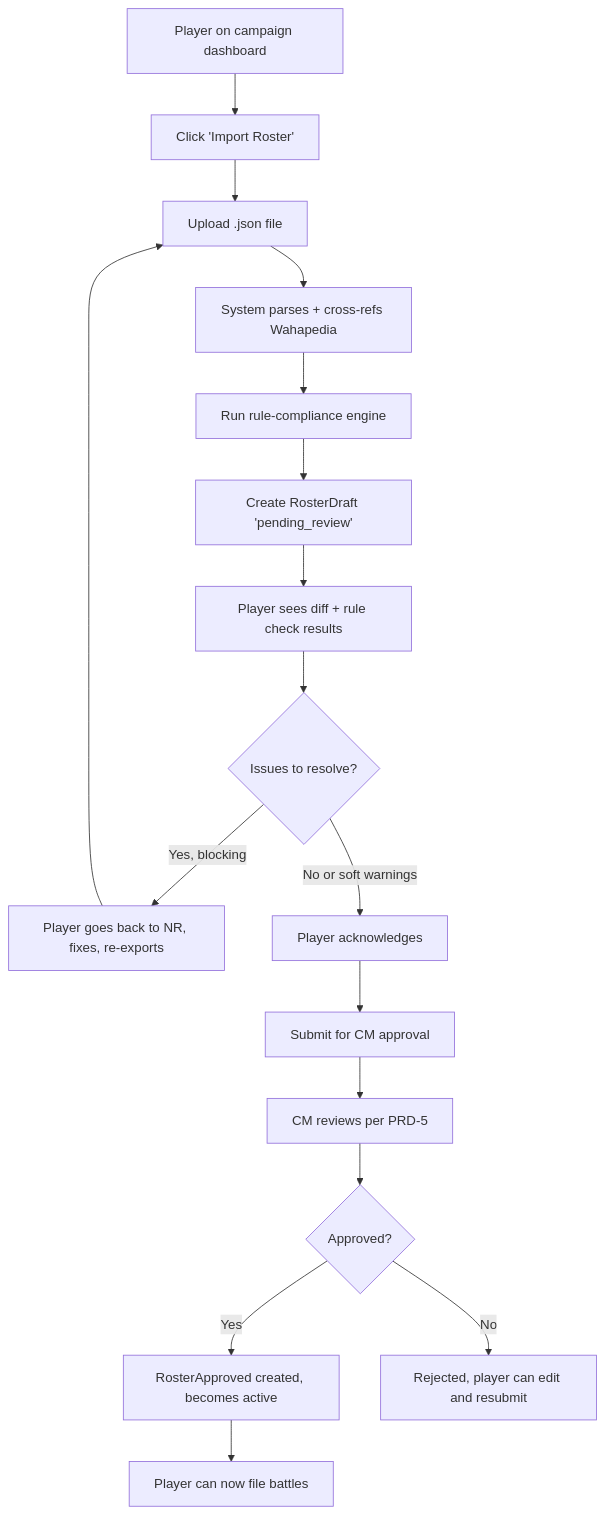
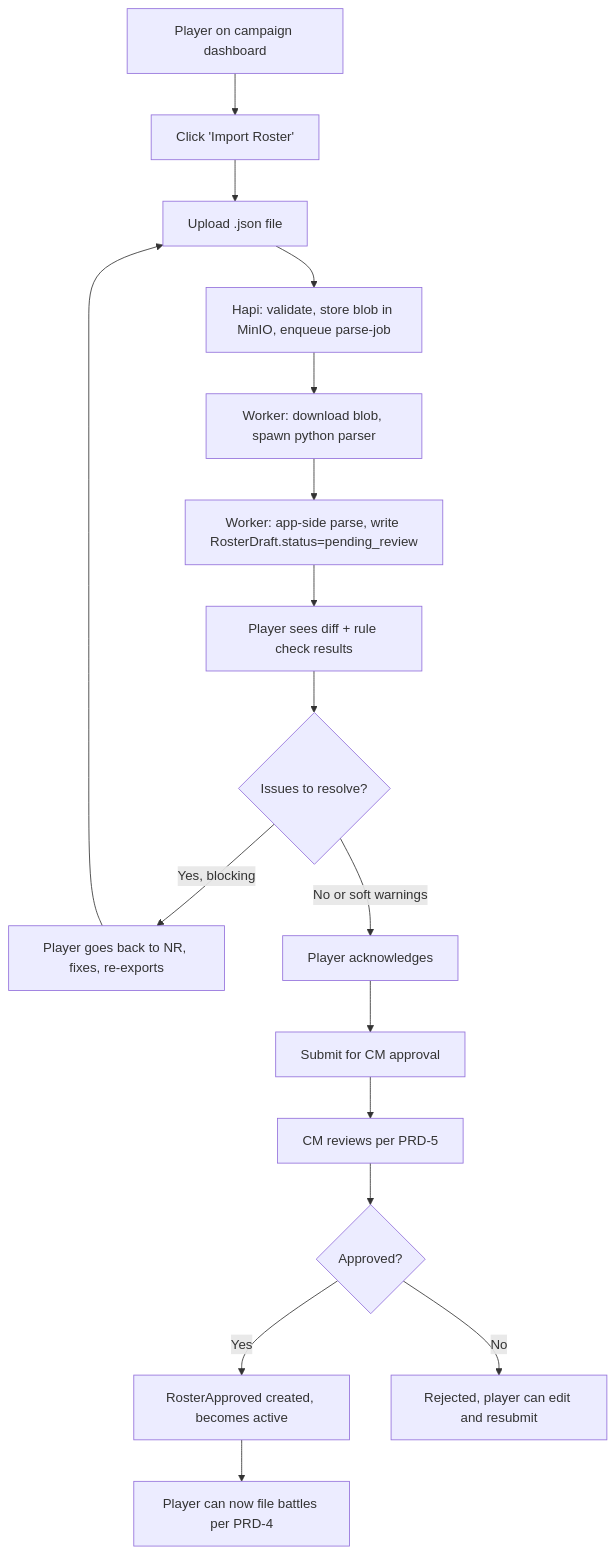
Before and after one commit to kaykayyali/crusade-master-prds: the diagram in prd-3-army-export-versioning.md, drawn with Mermaid. The commit also changed other lines of this file and 12 other files, not shown here.

First line of the commit message:
v3: Hapi/Node/TS + BullMQ + Python parser subprocess + configurable rule engine

````diff
--- a/prd-3-army-export-versioning.md
+++ b/prd-3-army-export-versioning.md
@@ -211,19 +338,19 @@
 ```mermaid
 flowchart TD
     A[Player on campaign dashboard] --> B[Click 'Import Roster']
     B --> C[Upload .json file]
-    C --> D[System parses + cross-refs Wahapedia]
-    D --> E[Run rule-compliance engine]
-    E --> F[Create RosterDraft 'pending_review']
+    C --> D[Hapi: validate, store blob in MinIO, enqueue parse-job]
+    D --> E[Worker: download blob, spawn python parser]
+    E --> F[Worker: app-side parse, write RosterDraft.status=pending_review]
     F --> G[Player sees diff + rule check results]
     G --> H{Issues to resolve?}
     H -->|Yes, blocking| I[Player goes back to NR, fixes, re-exports]
     H -->|No or soft warnings| J[Player acknowledges]
     I --> C
     J --> K[Submit for CM approval]
     K --> L[CM reviews per PRD-5]
     L --> M{Approved?}
     M -->|Yes| N[RosterApproved created, becomes active]
     M -->|No| O[Rejected, player can edit and resubmit]
-    N --> P[Player can now file battles]
+    N --> P[Player can now file battles per PRD-4]
 ```
````
